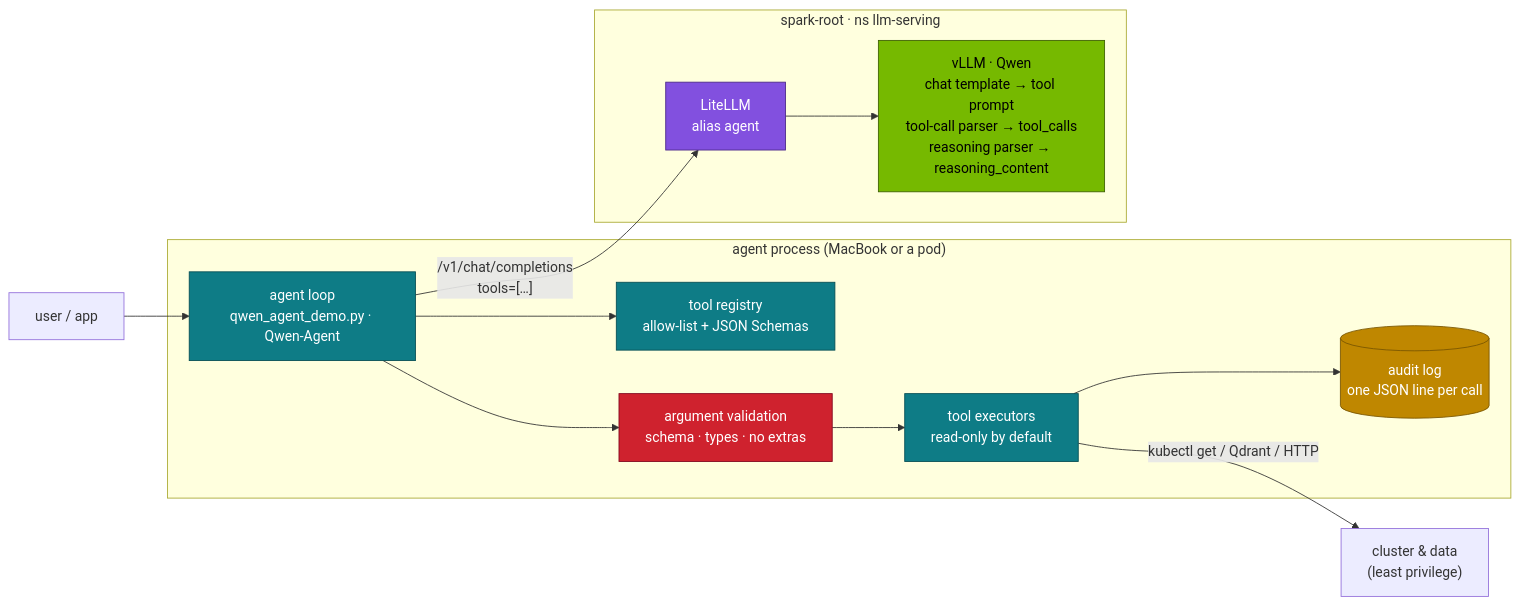
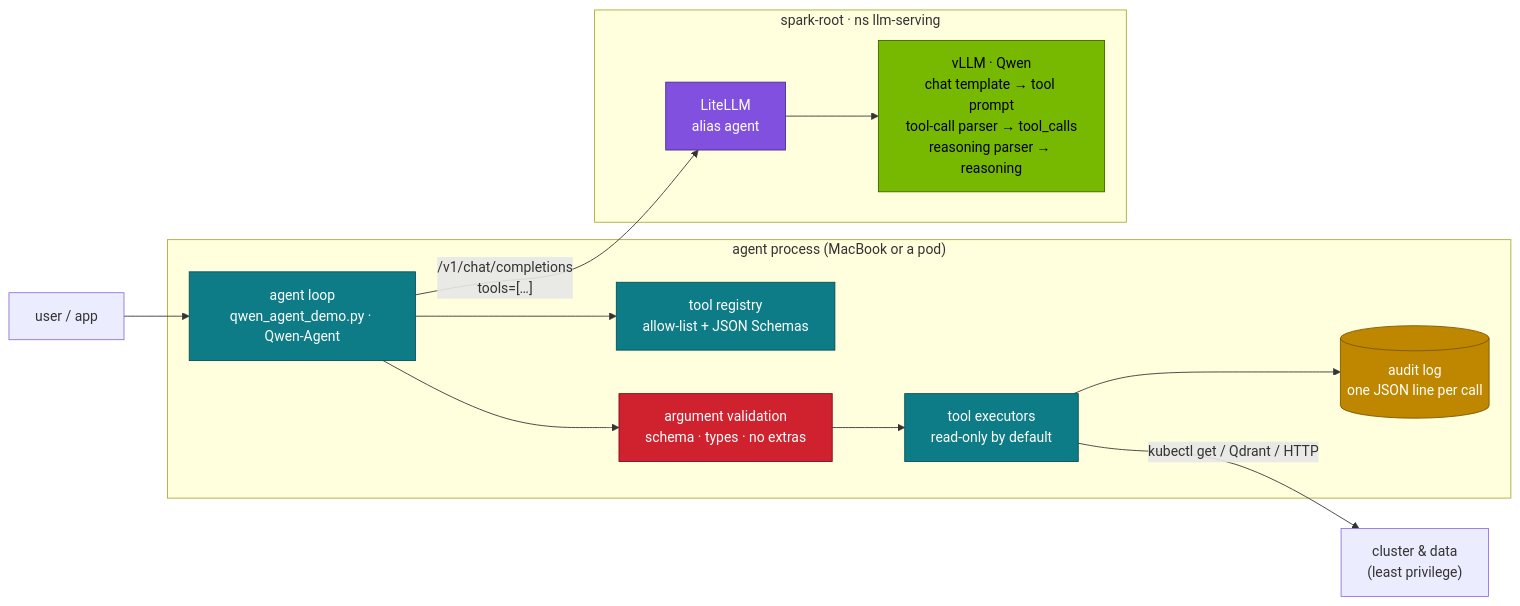
One commit to cloudone365/technical-depth changed the first of 2 diagrams in 04-Qwen/10-qwen-agent-and-function-calling.md. Above: the diagram before and after it, drawn with Mermaid. The commit also changed other lines of this file and 91 other files, not shown here.

First line of the commit message:
Docs audit 01-04: fix mistakes found against the lab files; step-by-step flows

````diff
--- a/04-Qwen/10-qwen-agent-and-function-calling.md
+++ b/04-Qwen/10-qwen-agent-and-function-calling.md
@@ -30,29 +30,29 @@
 ```mermaid
 flowchart LR
   U["user / app"] --> AG
   subgraph CLIENT["agent process (MacBook or a pod)"]
     AG["agent loop<br/>qwen_agent_demo.py · Qwen-Agent"]
     REG["tool registry<br/>allow-list + JSON Schemas"]
     VAL["argument validation<br/>schema · types · no extras"]
     AUD[("audit log<br/>one JSON line per call")]
     AG --> REG
     AG --> VAL --> EXE["tool executors<br/>read-only by default"]
     EXE --> AUD
   end
   AG -->|"/v1/chat/completions<br/>tools=[…]"| GW
   subgraph ROOT["spark-root · ns llm-serving"]
     GW["LiteLLM<br/>alias agent"] --> V
-    V["vLLM · Qwen<br/>chat template → tool prompt<br/>tool-call parser → tool_calls<br/>reasoning parser → reasoning_content"]
+    V["vLLM · Qwen<br/>chat template → tool prompt<br/>tool-call parser → tool_calls<br/>reasoning parser → reasoning"]
   end
   EXE -->|"kubectl get / Qdrant / HTTP"| SYS["cluster & data<br/>(least privilege)"]
   classDef gpu fill:#76b900,stroke:#3d6000,color:#000
   classDef net fill:#8250df,stroke:#4c2889,color:#fff
   classDef host fill:#0e7c86,stroke:#064e54,color:#fff
   classDef sec fill:#cf222e,stroke:#82071e,color:#fff
   classDef store fill:#bf8700,stroke:#7a5600,color:#fff
   class V gpu
   class GW net
   class AG,REG,EXE host
   class VAL sec
   class AUD store
 ```
````
